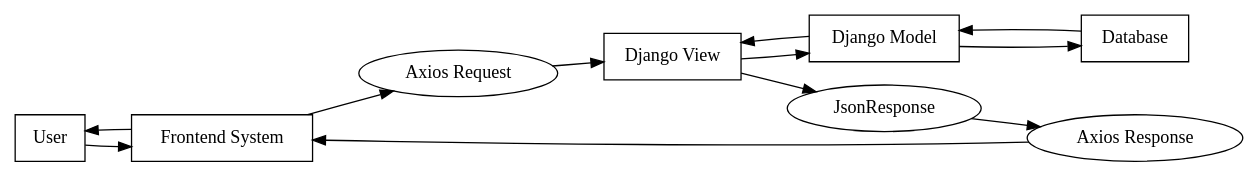
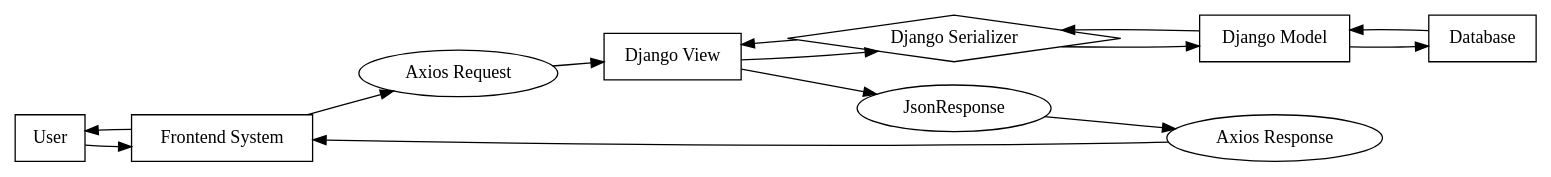
Before and after one commit to stephen863256/bank: the diagram in workflow.dot, drawn with Graphviz. The commit also changed 11 other files, not shown here.

```diff
--- a/workflow.dot
+++ b/workflow.dot
@@ -1,9 +1,10 @@
 digraph G {
     rankdir=LR;
     node [shape=box];
-    User -> "Frontend System" -> "Axios Request" -> "Django View" -> "Django Model" -> Database;
-    Database -> "Django Model" -> "Django View" -> "JsonResponse" -> "Axios Response" -> "Frontend System" -> User;
+    User -> "Frontend System" -> "Axios Request" -> "Django View" -> "Django Serializer" -> "Django Model" -> Database;
+    Database -> "Django Model" -> "Django Serializer" -> "Django View" -> "JsonResponse" -> "Axios Response" -> "Frontend System" -> User;
     "Axios Request" [shape=ellipse];
     "JsonResponse" [shape=ellipse];
     "Axios Response" [shape=ellipse];
+    "Django Serializer" [shape=diamond];
 }
```
